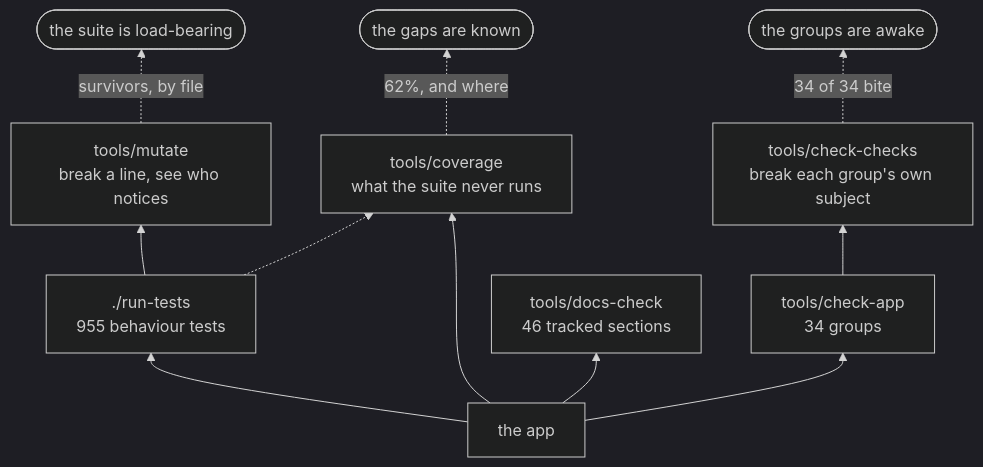
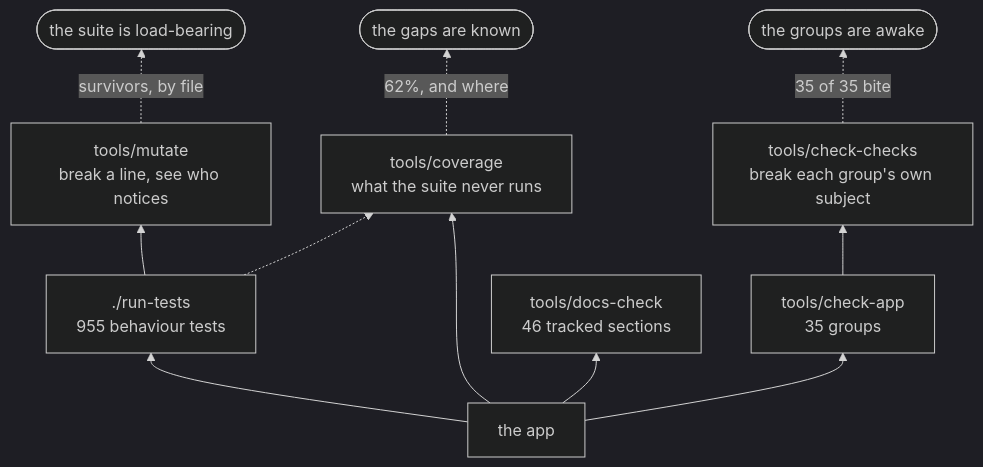
Before and after one commit to minormending/crystal-pilot-mobile: the second of 3 diagrams in docs/DEVELOPING.md, drawn with Mermaid (dark theme). The commit also changed other lines of this file and 4 other files, not shown here.

````diff
--- a/docs/DEVELOPING.md
+++ b/docs/DEVELOPING.md
@@ -128,13 +128,13 @@
 ```mermaid
 flowchart BT
     C["the app"] --> T["./run-tests<br/>955 behaviour tests"]
-    C --> A["tools/check-app<br/>34 groups"]
+    C --> A["tools/check-app<br/>35 groups"]
     C --> D["tools/docs-check<br/>46 tracked sections"]
     C --> V["tools/coverage<br/>what the suite never runs"]
     T --> M["tools/mutate<br/>break a line, see who notices"]
     A --> K["tools/check-checks<br/>break each group's own subject"]
     T -.-> V
     M -.->|"survivors, by file"| R(["the suite is load-bearing"])
-    K -.->|"34 of 34 bite"| R2(["the groups are awake"])
+    K -.->|"35 of 35 bite"| R2(["the groups are awake"])
     V -.->|"62%, and where"| R3(["the gaps are known"])
 ```
````
